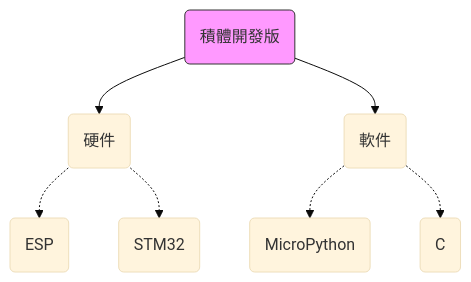
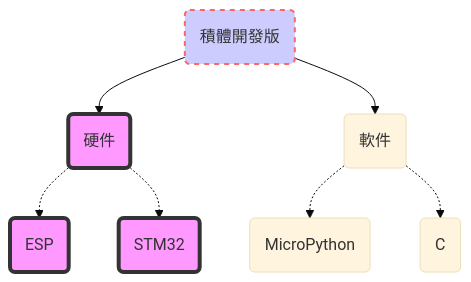
The diagram in _posts/2021-09-30-jekyll.md (hkdickyko/hkdickyko.github.io), drawn with Mermaid (base theme) before and after one commit. The commit also changed other lines of this file, not shown here.

```diff
--- a/_posts/2021-09-30-jekyll.md
+++ b/_posts/2021-09-30-jekyll.md
@@ -102,17 +102,19 @@
 <div class="mermaid">
 graph TD;
     A("積體開發版");
     B("硬件");
     C("ESP");
     D("STM32");
     E("軟件");
     F("MicroPython");
     G("C");
     A-->B;
     B-.->C;
     B-.->D;
     A-->E;
     E-.->F;
     E-.->G;
-style A fill:#f9f,stroke:#333,stroke-width:px
+    classDef className fill:#f9f,stroke:#333,stroke-width:4px;
+    class B,C,D className;
+    style A fill:#ccf,stroke:#f66,stroke-width:2px,stroke-dasharray: 5, 5
 </div>
```
